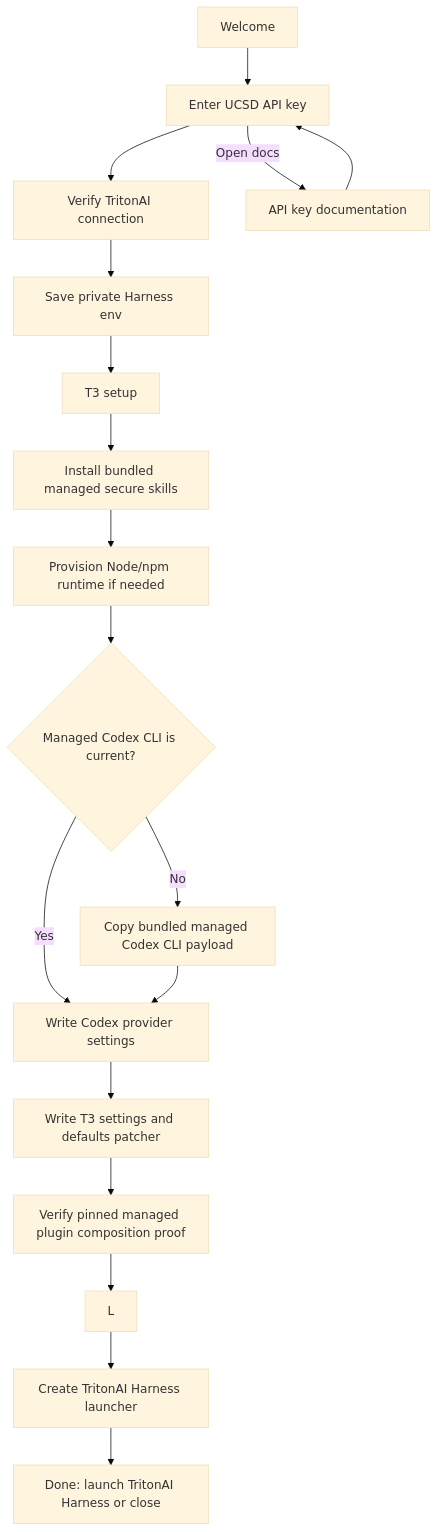
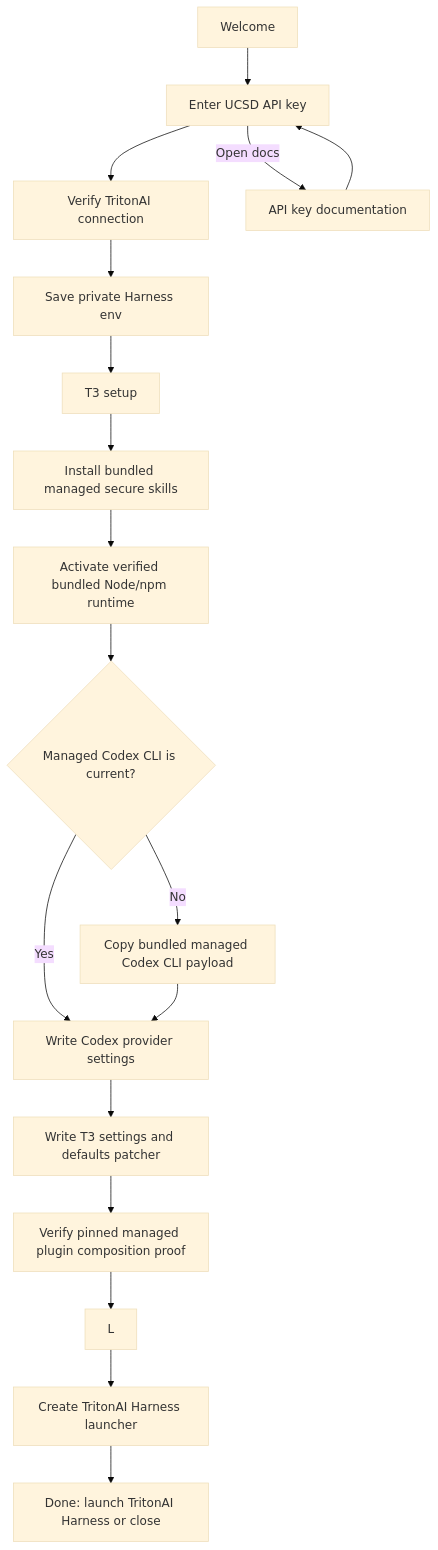
Before and after one commit to dbalders/TritonAI-Installer: the diagram in docs/architecture.md, drawn with Mermaid (base theme). The commit also changed other lines of this file and 61 other files, not shown here.

````diff
--- a/docs/architecture.md
+++ b/docs/architecture.md
@@ -9,20 +9,20 @@
 ```mermaid
 flowchart TD
   A["Welcome"] --> B["Enter UCSD API key"]
   B --> V["Verify TritonAI connection"]
   B -->|"Open docs"| D["API key documentation"]
   V --> C["Save private Harness env"]
   D --> B
   C --> E["T3 setup"]
   E --> S["Install bundled managed secure skills"]
-  S --> F["Provision Node/npm runtime if needed"]
+  S --> F["Activate verified bundled Node/npm runtime"]
   F --> G{"Managed Codex CLI is current?"}
   G -->|"Yes"| J["Write Codex provider settings"]
   G -->|"No"| I["Copy bundled managed Codex CLI payload"]
   I --> J
   J --> K["Write T3 settings and defaults patcher"]
   K --> P["Verify pinned managed plugin composition proof"]
   P --> L
   L --> M["Create TritonAI Harness launcher"]
   M --> N["Done: launch TritonAI Harness or close"]
 ```
````
